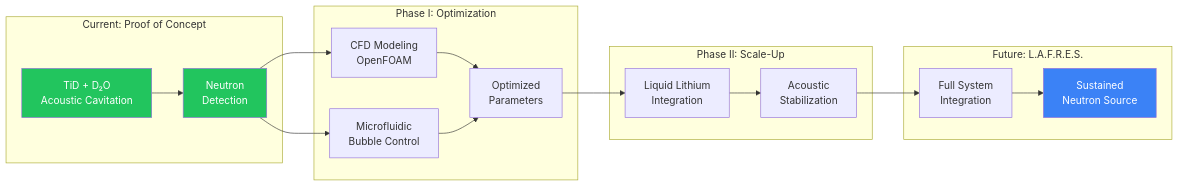
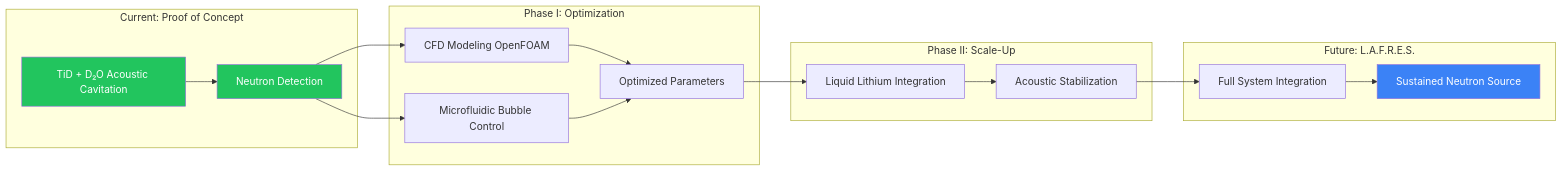
The diagram in website/docs/overview.md (szemkoff/LAFRES), drawn with Mermaid before and after one commit. The commit also changed 7 other files, not shown here.

First line of the commit message:
Fix Mermaid diagram syntax - remove br tags

````diff
--- a/website/docs/overview.md
+++ b/website/docs/overview.md
@@ -31,27 +31,27 @@
 ```mermaid
 flowchart LR
     subgraph Current["Current: Proof of Concept"]
-        A[TiD + D₂O<br/>Acoustic Cavitation] --> B[Neutron<br/>Detection]
+        A[TiD + D₂O Acoustic Cavitation] --> B[Neutron Detection]
     end
     
     subgraph Phase1["Phase I: Optimization"]
-        B --> C[CFD Modeling<br/>OpenFOAM]
-        B --> D[Microfluidic<br/>Bubble Control]
-        C --> E[Optimized<br/>Parameters]
+        B --> C[CFD Modeling OpenFOAM]
+        B --> D[Microfluidic Bubble Control]
+        C --> E[Optimized Parameters]
         D --> E
     end
     
     subgraph Phase2["Phase II: Scale-Up"]
-        E --> F[Liquid Lithium<br/>Integration]
-        F --> G[Acoustic<br/>Stabilization]
+        E --> F[Liquid Lithium Integration]
+        F --> G[Acoustic Stabilization]
     end
     
     subgraph Future["Future: L.A.F.R.E.S."]
-        G --> H[Full System<br/>Integration]
-        H --> I[Sustained<br/>Neutron Source]
+        G --> H[Full System Integration]
+        H --> I[Sustained Neutron Source]
     end
     
     style A fill:#22c55e,color:#fff
     style B fill:#22c55e,color:#fff
     style I fill:#3b82f6,color:#fff
 ```
````
